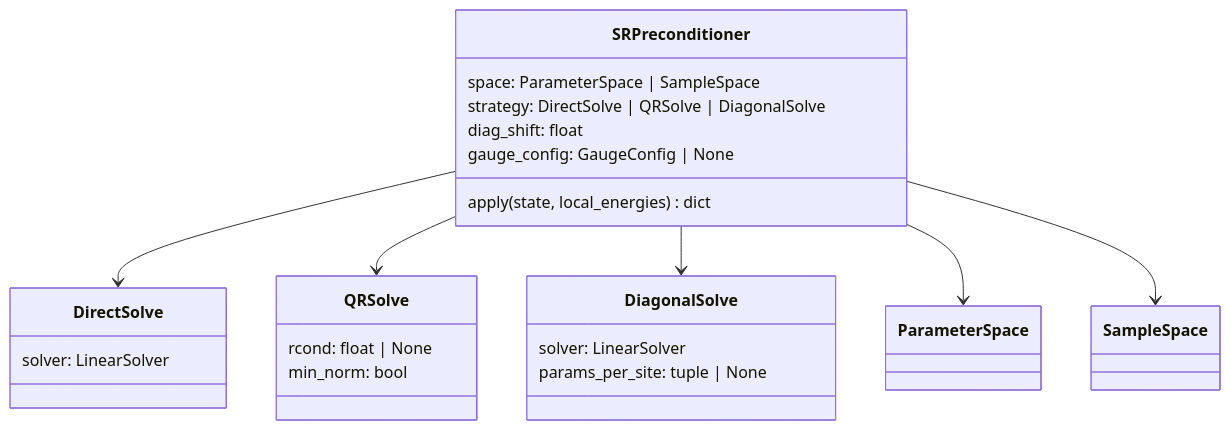
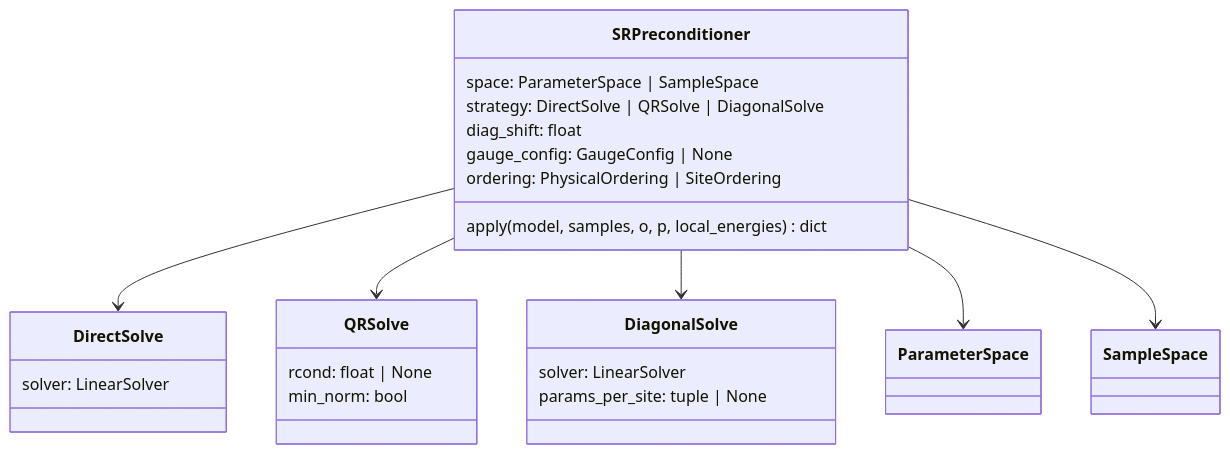
The second of 4 diagrams in DESIGN.md (fliingelephant/VMC), drawn with Mermaid before and after one commit. The commit also changed other lines of this file and 21 other files, not shown here.

````diff
--- a/DESIGN.md
+++ b/DESIGN.md
@@ -97,28 +102,29 @@
 ```mermaid
 classDiagram
     class DirectSolve {
         solver: LinearSolver
     }
     class QRSolve {
         rcond: float | None
         min_norm: bool
     }
     class DiagonalSolve {
         solver: LinearSolver
         params_per_site: tuple | None
     }
 
     class SRPreconditioner {
         space: ParameterSpace | SampleSpace
         strategy: DirectSolve | QRSolve | DiagonalSolve
         diag_shift: float
         gauge_config: GaugeConfig | None
-        apply(state, local_energies) dict
+        ordering: PhysicalOrdering | SiteOrdering
+        apply(model, samples, o, p, local_energies) dict
     }
 
     SRPreconditioner --> DirectSolve
     SRPreconditioner --> QRSolve
     SRPreconditioner --> DiagonalSolve
     SRPreconditioner --> ParameterSpace
     SRPreconditioner --> SampleSpace
 ```
````
